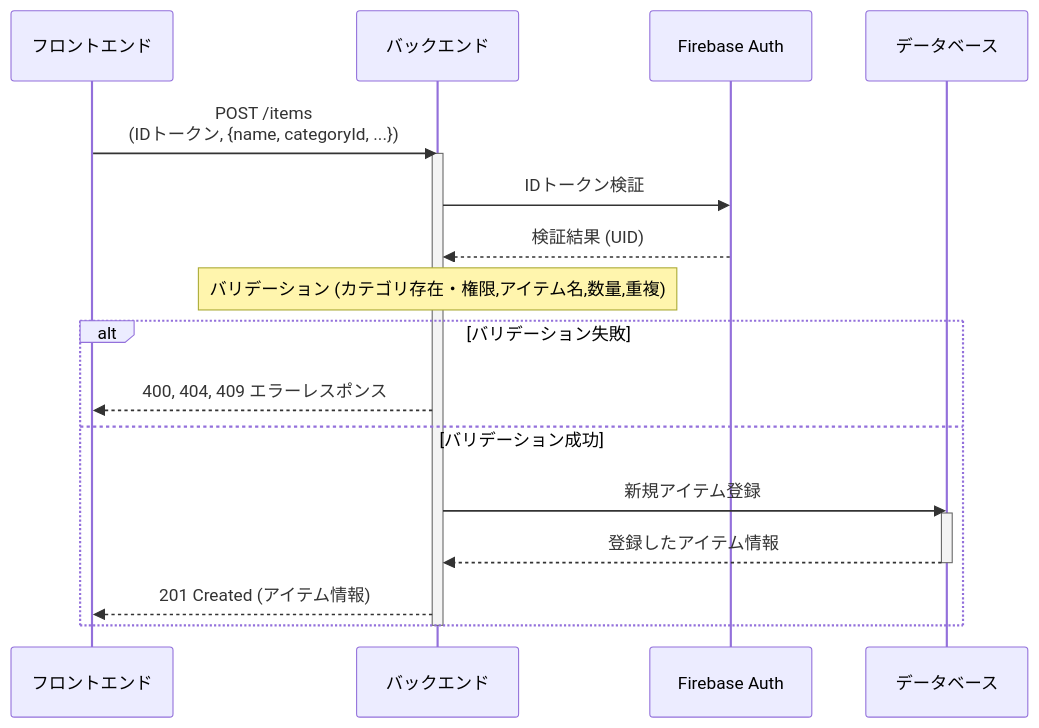
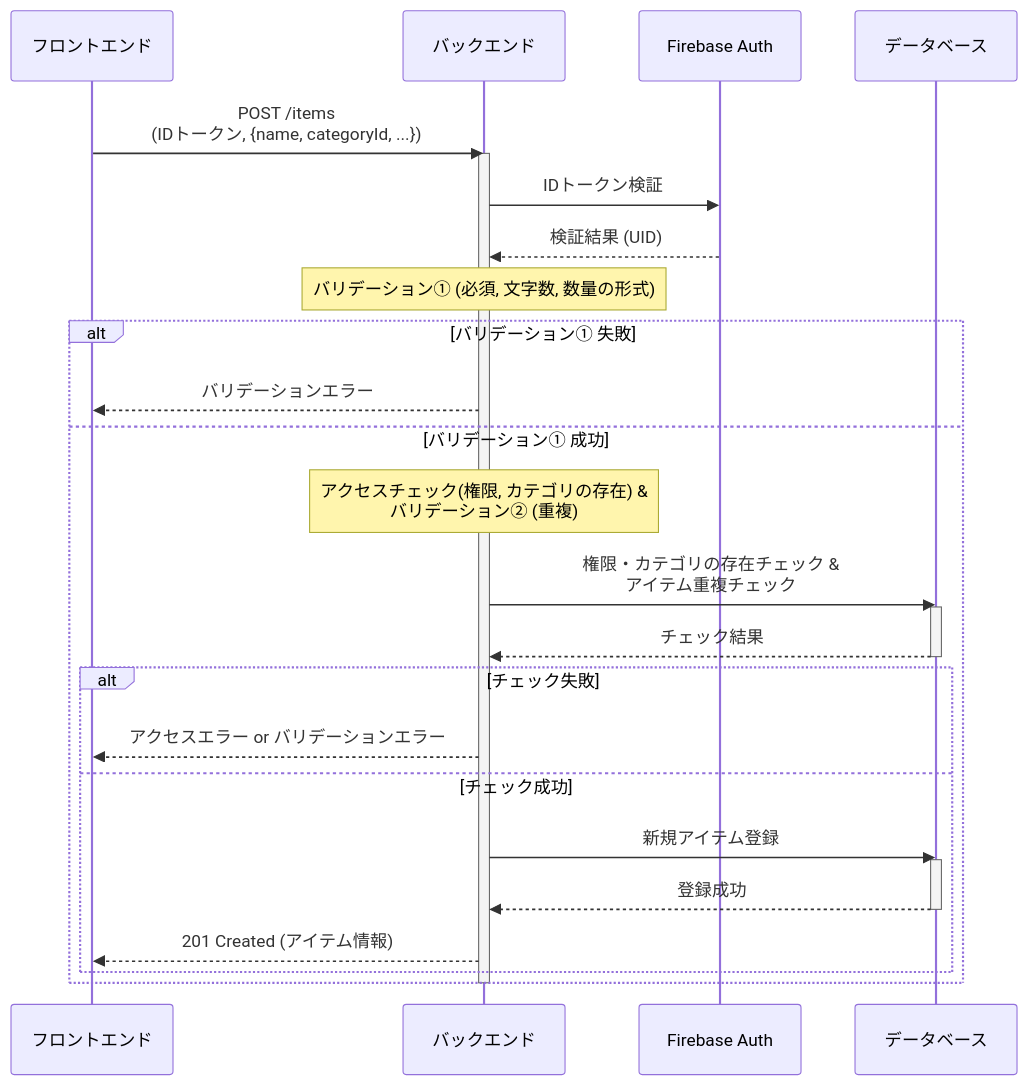
Before and after one commit to miki-hayashi-71/inventory-api: the seventh of 9 diagrams in doc/seaquence.md, drawn with Mermaid. The commit also changed other lines of this file, not shown here.

Commit message:
docs: Update sequence diagram

````diff
--- a/doc/seaquence.md
+++ b/doc/seaquence.md
@@ -175,26 +203,35 @@
 ```mermaid
 sequenceDiagram
     participant フロントエンド
     participant バックエンド
     participant Firebase Auth
     participant データベース
 
     フロントエンド->>バックエンド: POST /items <br> (IDトークン, {name, categoryId, ...})
     activate バックエンド
     バックエンド->>Firebase Auth: IDトークン検証
     Firebase Auth-->>バックエンド: 検証結果 (UID)
 
-    note over バックエンド: バリデーション (カテゴリ存在・権限,アイテム名,数量,重複)
+    note over バックエンド: バリデーション① (必須, 文字数, 数量の形式)
+    
+    alt バリデーション① 失敗
+        バックエンド-->>フロントエンド: バリデーションエラー
+    else バリデーション① 成功
+        note over バックエンド: アクセスチェック(権限, カテゴリの存在) & <br> バリデーション② (重複)
+        バックエンド->>データベース: 権限・カテゴリの存在チェック & <br>アイテム重複チェック
+        activate データベース
+        データベース-->>バックエンド: チェック結果
+        deactivate データベース
 
-    alt バリデーション失敗
-        バックエンド-->>フロントエンド: 400, 404, 409 エラーレスポンス
-    else バリデーション成功
-        バックエンド->>データベース: 新規アイテム登録
-        activate データベース
-        データベース-->>バックエンド: 登録したアイテム情報
-        deactivate データベース
-        バックエンド-->>フロントエンド: 201 Created (アイテム情報)
+        alt チェック失敗
+            バックエンド-->>フロントエンド: アクセスエラー or バリデーションエラー
+        else チェック成功
+            バックエンド->>データベース: 新規アイテム登録
+            activate データベース
+            データベース-->>バックエンド: 登録成功
+            deactivate データベース
+            バックエンド-->>フロントエンド: 201 Created (アイテム情報)
+        end
     end
     deactivate バックエンド
-
 ```
````
